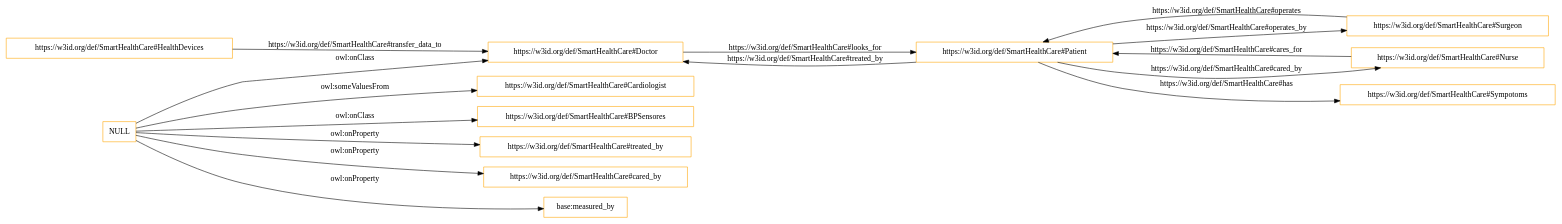
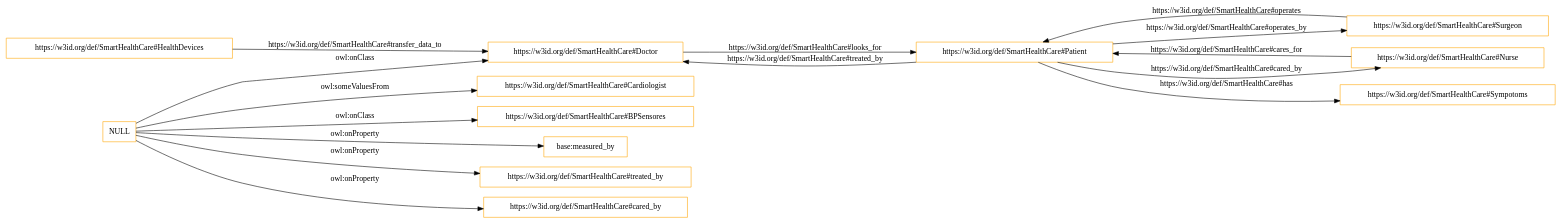
The diagram in OnToology/Healthcare.owl/diagrams/ar2dtool-class/Healthcare.owl.png.dot (tiwari2019/myrepo), drawn with Graphviz before and after one commit. The commit also changed other lines of this file and 9 other files, not shown here.

```diff
--- a/OnToology/Healthcare.owl/diagrams/ar2dtool-class/Healthcare.owl.png.dot
+++ b/OnToology/Healthcare.owl/diagrams/ar2dtool-class/Healthcare.owl.png.dot
@@ -1,20 +1,20 @@
 digraph ar2dtool_diagram { 
 rankdir=LR;
 size="1501"
 node [shape = rectangle, color="orange"]; "https://w3id.org/def/SmartHealthCare#Cardiologist" "https://w3id.org/def/SmartHealthCare#BPSensores" "https://w3id.org/def/SmartHealthCare#HealthDevices" "https://w3id.org/def/SmartHealthCare#Surgeon" "https://w3id.org/def/SmartHealthCare#Doctor" "https://w3id.org/def/SmartHealthCare#Nurse" "https://w3id.org/def/SmartHealthCare#Sympotoms" "https://w3id.org/def/SmartHealthCare#Patient" ; /*classes style*/
+	"NULL" -> "https://w3id.org/def/SmartHealthCare#Cardiologist" [ label = "owl:someValuesFrom" ];
+	"NULL" -> "https://w3id.org/def/SmartHealthCare#treated_by" [ label = "owl:onProperty" ];
 	"NULL" -> "https://w3id.org/def/SmartHealthCare#Doctor" [ label = "owl:onClass" ];
 	"NULL" -> "https://w3id.org/def/SmartHealthCare#cared_by" [ label = "owl:onProperty" ];
 	"NULL" -> "https://w3id.org/def/SmartHealthCare#BPSensores" [ label = "owl:onClass" ];
 	"NULL" -> "base:measured_by" [ label = "owl:onProperty" ];
-	"NULL" -> "https://w3id.org/def/SmartHealthCare#Cardiologist" [ label = "owl:someValuesFrom" ];
-	"NULL" -> "https://w3id.org/def/SmartHealthCare#treated_by" [ label = "owl:onProperty" ];
 	"https://w3id.org/def/SmartHealthCare#HealthDevices" -> "https://w3id.org/def/SmartHealthCare#Doctor" [ label = "https://w3id.org/def/SmartHealthCare#transfer_data_to" ];
 	"https://w3id.org/def/SmartHealthCare#Doctor" -> "https://w3id.org/def/SmartHealthCare#Patient" [ label = "https://w3id.org/def/SmartHealthCare#looks_for" ];
 	"https://w3id.org/def/SmartHealthCare#Patient" -> "https://w3id.org/def/SmartHealthCare#Doctor" [ label = "https://w3id.org/def/SmartHealthCare#treated_by" ];
 	"https://w3id.org/def/SmartHealthCare#Patient" -> "https://w3id.org/def/SmartHealthCare#Surgeon" [ label = "https://w3id.org/def/SmartHealthCare#operates_by" ];
 	"https://w3id.org/def/SmartHealthCare#Patient" -> "https://w3id.org/def/SmartHealthCare#Sympotoms" [ label = "https://w3id.org/def/SmartHealthCare#has" ];
 	"https://w3id.org/def/SmartHealthCare#Patient" -> "https://w3id.org/def/SmartHealthCare#Nurse" [ label = "https://w3id.org/def/SmartHealthCare#cared_by" ];
 	"https://w3id.org/def/SmartHealthCare#Surgeon" -> "https://w3id.org/def/SmartHealthCare#Patient" [ label = "https://w3id.org/def/SmartHealthCare#operates" ];
 	"https://w3id.org/def/SmartHealthCare#Nurse" -> "https://w3id.org/def/SmartHealthCare#Patient" [ label = "https://w3id.org/def/SmartHealthCare#cares_for" ];
 
 }
```
